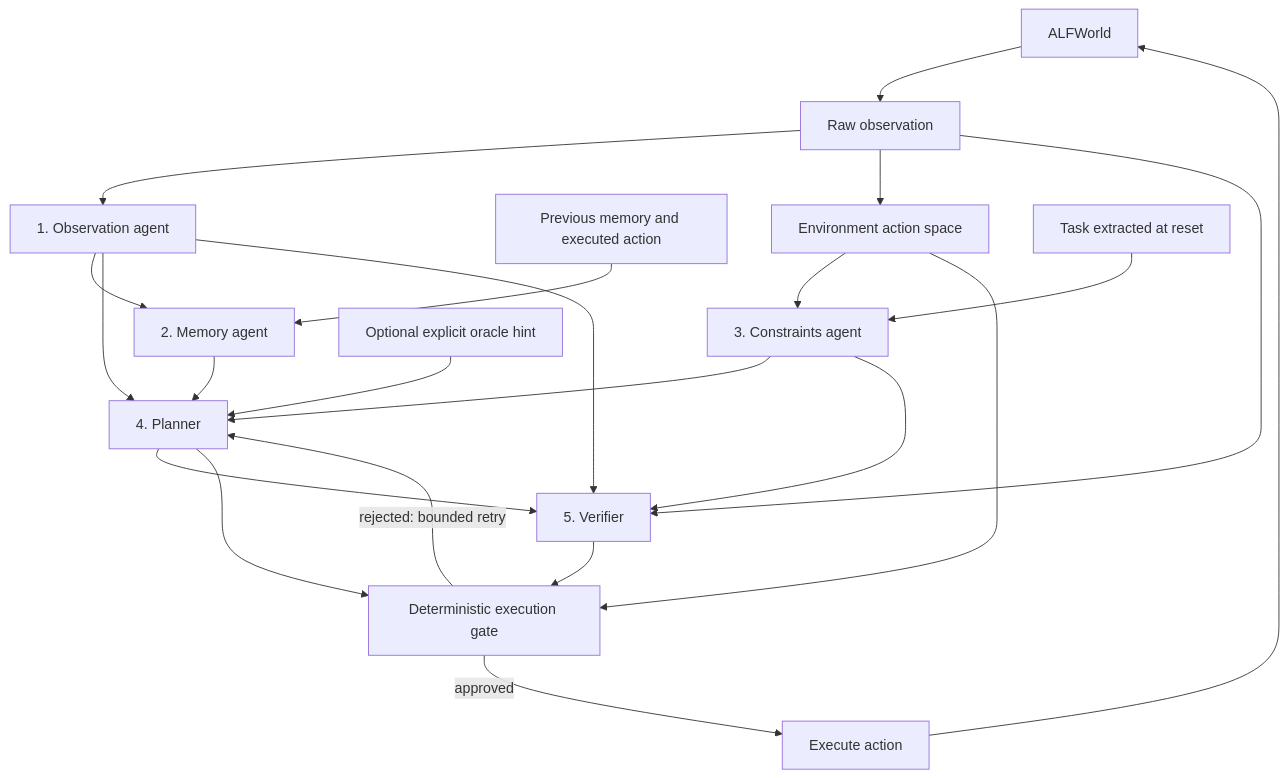
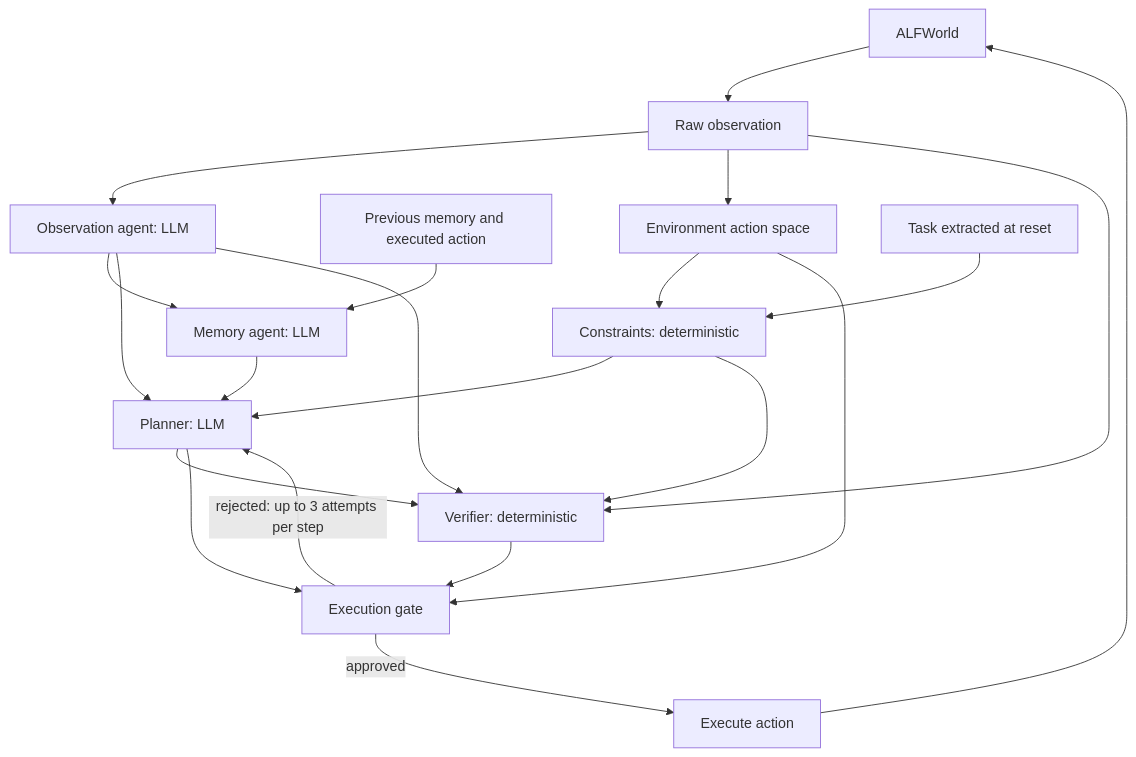
Before and after one commit to sunnyhywu/CSE291A-AFL_agent_recovery: the diagram in README.md, drawn with Mermaid. The commit also changed other lines of this file and 43 other files, not shown here.

````diff
--- a/README.md
+++ b/README.md
@@ -18,24 +157,23 @@
 ```mermaid
 flowchart TD
     E[ALFWorld] --> O[Raw observation]
-    O --> S[1. Observation agent]
-    S --> M[2. Memory agent]
+    O --> S[Observation agent: LLM]
+    S --> M[Memory agent: LLM]
     PM[Previous memory and executed action] --> M
     O --> A[Environment action space]
-    T[Task extracted at reset] --> C[3. Constraints agent]
+    T[Task extracted at reset] --> C[Constraints: deterministic]
     A --> C
-    S --> P[4. Planner]
+    S --> P[Planner: LLM]
     M --> P
     C --> P
-    H[Optional explicit oracle hint] --> P
-    P --> V[5. Verifier]
+    P --> V[Verifier: deterministic]
     S --> V
     C --> V
     O --> V
-    V --> G[Deterministic execution gate]
+    V --> G[Execution gate]
     P --> G
     A --> G
     G -->|approved| X[Execute action]
-    G -->|rejected: bounded retry| P
+    G -->|rejected: up to 3 attempts per step| P
     X --> E
 ```
````
